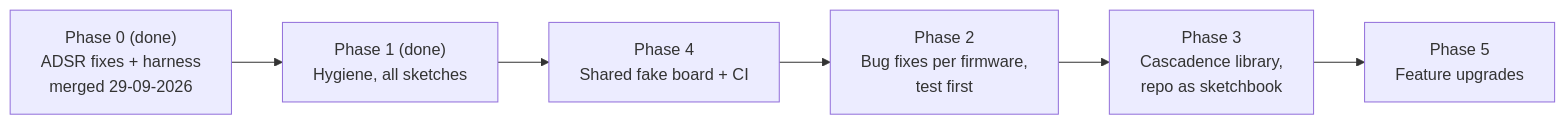
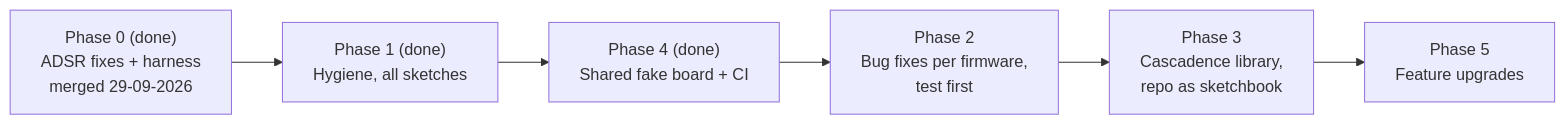
One commit to FrankNFT-labs/cascadence changed the diagram in UPGRADE-PLAN.md. Above: the diagram before and after it, drawn with Mermaid. The commit also changed other lines of this file, not shown here.

First line of the commit message:
docs: record phase 4 in the plan

````diff
--- a/UPGRADE-PLAN.md
+++ b/UPGRADE-PLAN.md
@@ -173,8 +174,8 @@
 ```mermaid
 flowchart LR
   P0["Phase 0 (done)<br/>ADSR fixes + harness<br/>merged 29-09-2026"] --> P1["Phase 1 (done)<br/>Hygiene, all sketches"]
-  P1 --> P4["Phase 4<br/>Shared fake board + CI"]
+  P1 --> P4["Phase 4 (done)<br/>Shared fake board + CI"]
   P4 --> P2["Phase 2<br/>Bug fixes per firmware,<br/>test first"]
   P2 --> P3["Phase 3<br/>Cascadence library,<br/>repo as sketchbook"]
   P3 --> P5["Phase 5<br/>Feature upgrades"]
 ```
````
